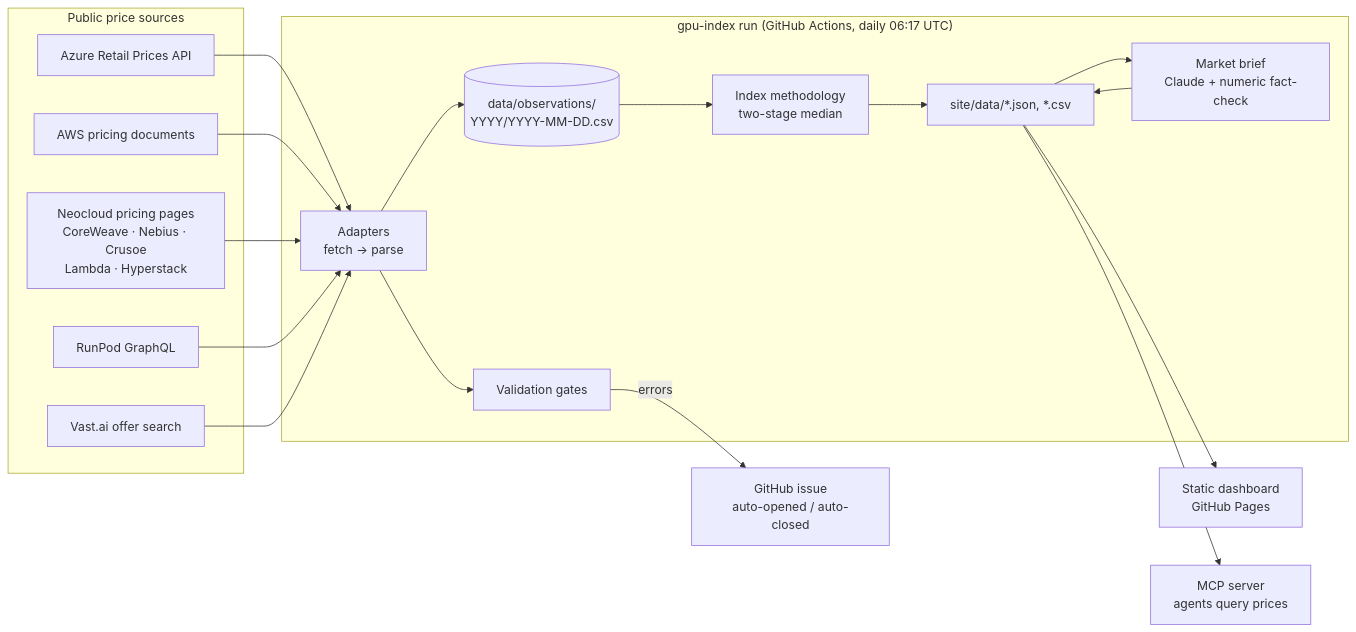
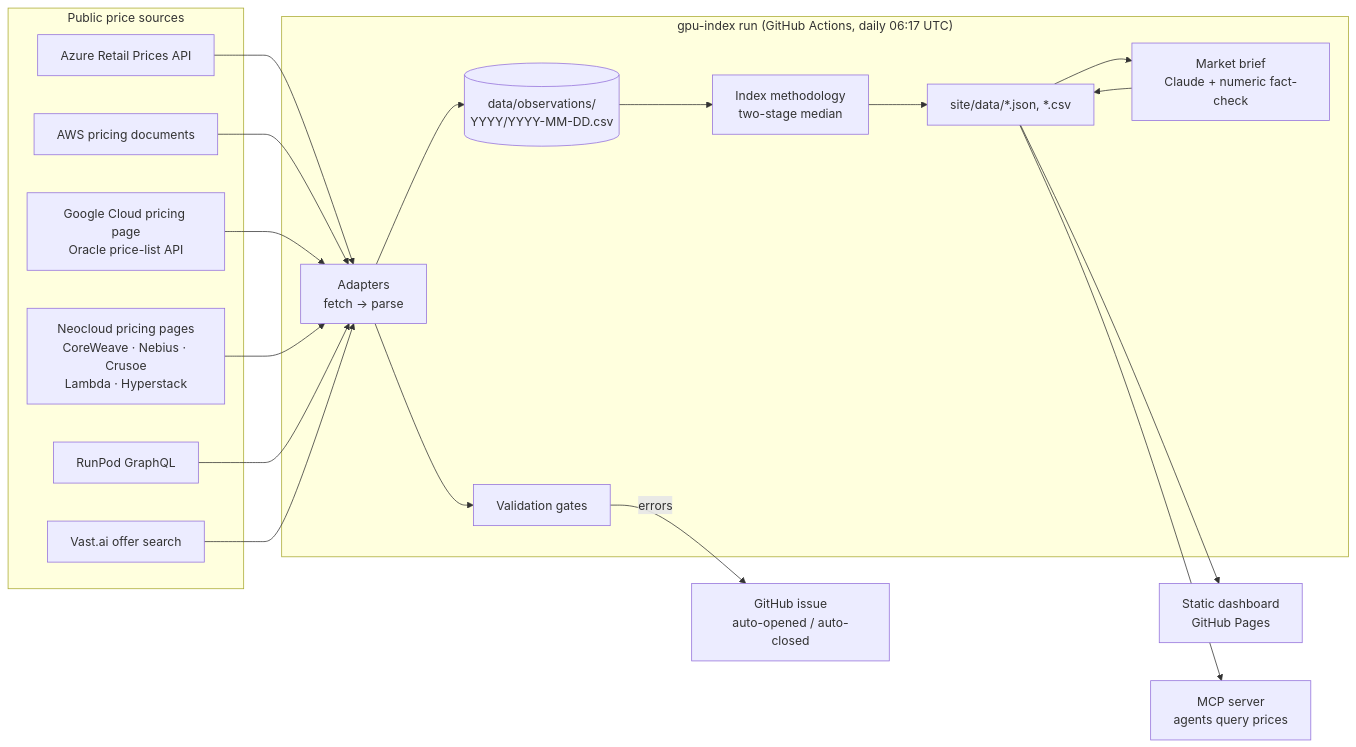
The diagram in docs/architecture.md (ewyluda/gpu-price-index), drawn with Mermaid before and after one commit. The commit also changed other lines of this file and 14 other files, not shown here.

First line of the commit message:
Add Google Cloud and Oracle Cloud sources

````diff
--- a/docs/architecture.md
+++ b/docs/architecture.md
@@ -3,28 +3,29 @@
 ```mermaid
 flowchart LR
     subgraph Sources["Public price sources"]
         AZ[Azure Retail Prices API]
         AWS[AWS pricing documents]
+        HYP["Google Cloud pricing page<br/>Oracle price-list API"]
         NEO["Neocloud pricing pages<br/>CoreWeave · Nebius · Crusoe<br/>Lambda · Hyperstack"]
         RP[RunPod GraphQL]
         VA[Vast.ai offer search]
     end
 
     subgraph Pipeline["gpu-index run (GitHub Actions, daily 06:17 UTC)"]
         AD["Adapters<br/>fetch → parse"]
         VAL["Validation gates"]
         ST[("data/observations/<br/>YYYY/YYYY-MM-DD.csv")]
         IDX["Index methodology<br/>two-stage median"]
         PUB["site/data/*.json, *.csv"]
         BR["Market brief<br/>Claude + numeric fact-check"]
     end
 
-    AZ & AWS & NEO & RP & VA --> AD --> ST
+    AZ & AWS & HYP & NEO & RP & VA --> AD --> ST
     AD --> VAL
     ST --> IDX --> PUB
     PUB --> BR --> PUB
 
     PUB --> SITE["Static dashboard<br/>GitHub Pages"]
     PUB --> MCP["MCP server<br/>agents query prices"]
     VAL -- "errors" --> ISSUE["GitHub issue<br/>auto-opened / auto-closed"]
 ```
````
